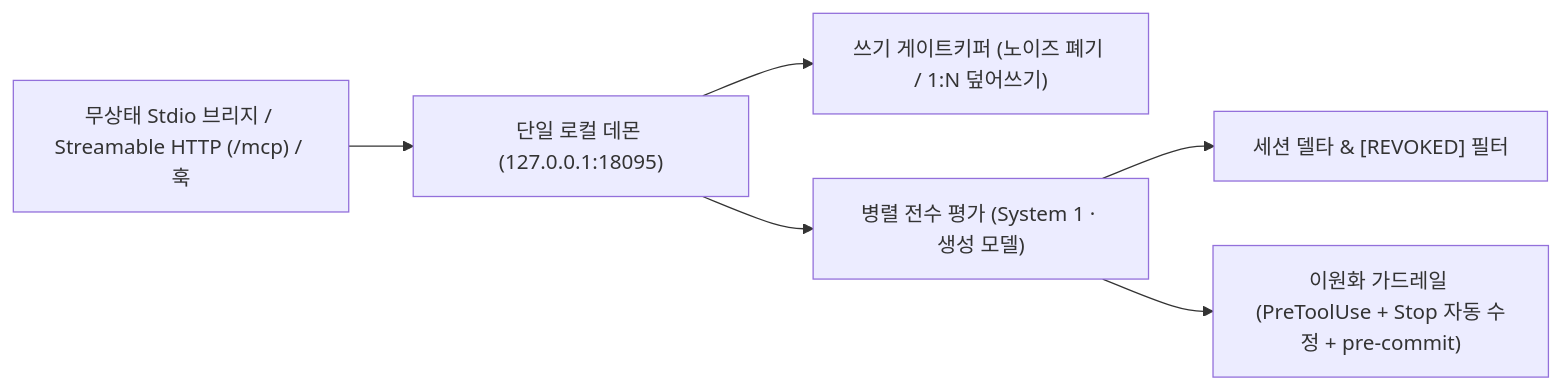
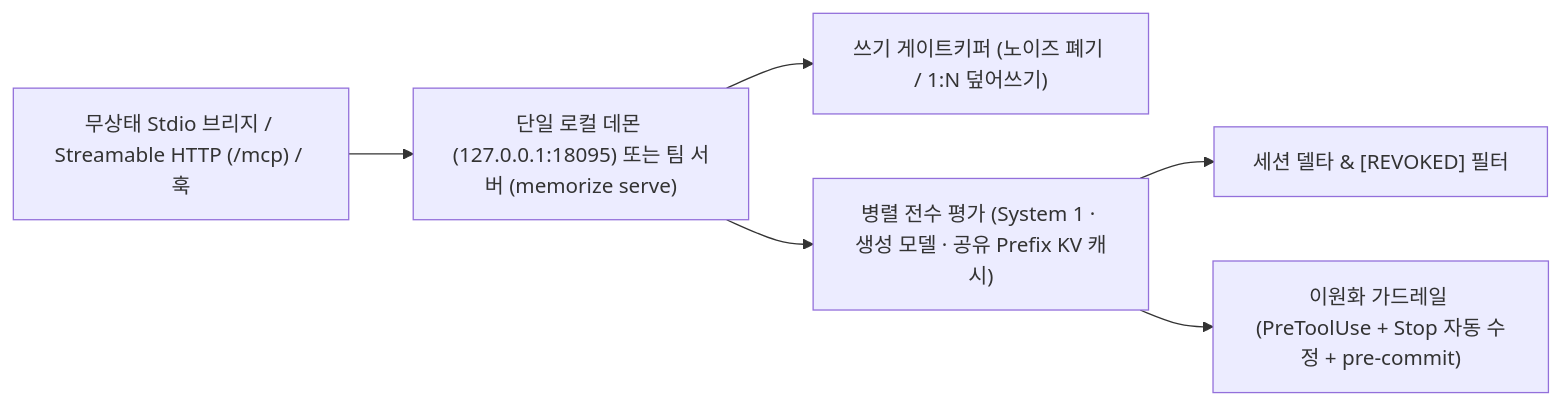
One commit to marbasdev/memorize changed the diagram in ARCHITECTURE.ko.md. Above: the diagram before and after it, drawn with Mermaid. The commit also changed other lines of this file and 13 other files, not shown here.

````diff
--- a/ARCHITECTURE.ko.md
+++ b/ARCHITECTURE.ko.md
@@ -7,8 +7,8 @@
 ```mermaid
 flowchart LR
-    A["무상태 Stdio 브리지 / Streamable HTTP (/mcp) / 훅"] --> B["단일 로컬 데몬 (127.0.0.1:18095)"]
+    A["무상태 Stdio 브리지 / Streamable HTTP (/mcp) / 훅"] --> B["단일 로컬 데몬 (127.0.0.1:18095) 또는 팀 서버 (memorize serve)"]
     B --> C["쓰기 게이트키퍼 (노이즈 폐기 / 1:N 덮어쓰기)"]
-    B --> D["병렬 전수 평가 (System 1 · 생성 모델)"]
+    B --> D["병렬 전수 평가 (System 1 · 생성 모델 · 공유 Prefix KV 캐시)"]
     D --> E["세션 델타 & [REVOKED] 필터"]
     D --> F["이원화 가드레일 (PreToolUse + Stop 자동 수정 + pre-commit)"]
 ```
````
